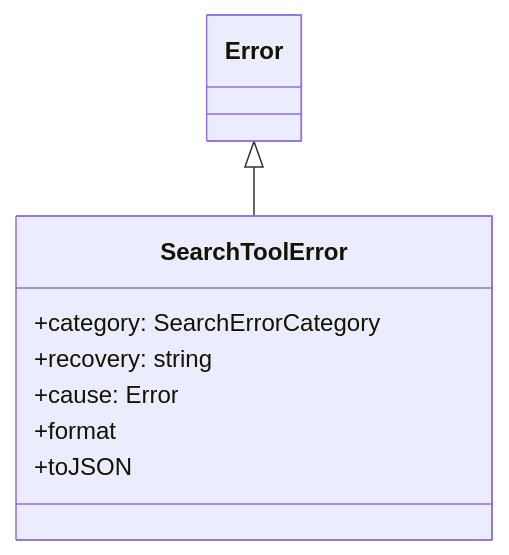
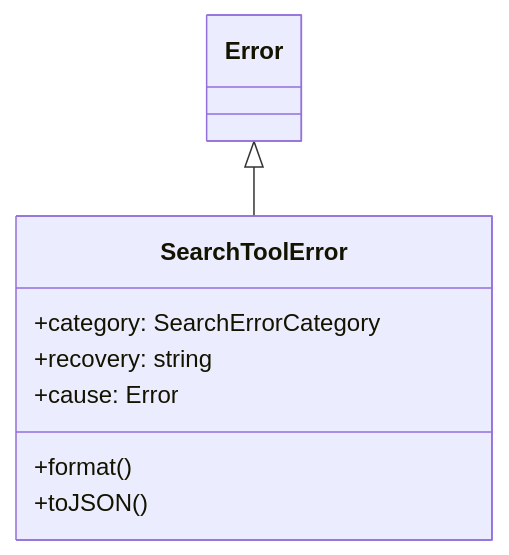
The first of 2 diagrams in ABDD/.pi/extensions/search/utils/errors.md (Mekann2904/mekann), drawn with Mermaid before and after one commit. The commit also changed other lines of this file and 174 other files, not shown here.

First line of the commit message:
fix(docs): ABDDのMermaid図生成エラーを修正する

````diff
--- a/ABDD/.pi/extensions/search/utils/errors.md
+++ b/ABDD/.pi/extensions/search/utils/errors.md
@@ -41,11 +41,11 @@
 ```mermaid
 classDiagram
   class SearchToolError {
     +category: SearchErrorCategory
     +recovery: string
     +cause: Error
-    +format
-    +toJSON
+    +format()
+    +toJSON()
   }
   Error <|-- SearchToolError
 ```
````
